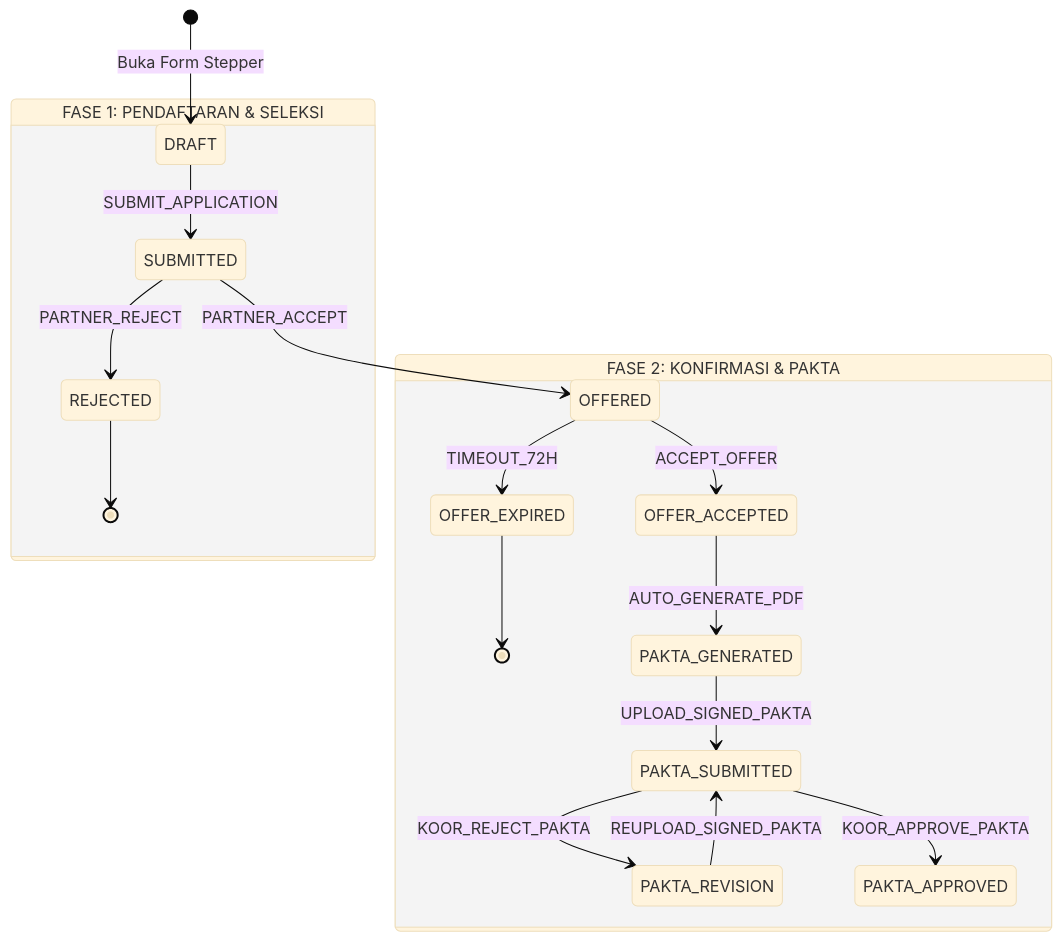
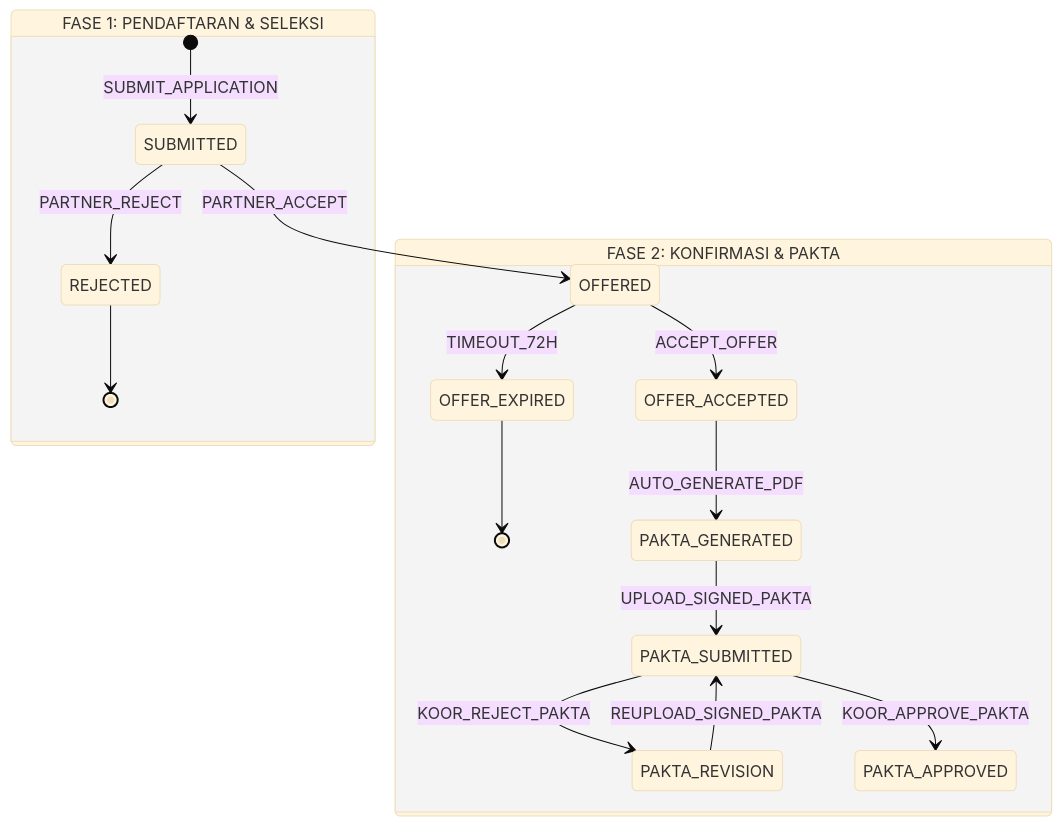
Before and after one commit to devbengkod24/fakultas-prototype: the first of 2 diagrams in docs/spec/02-state-machine-mbkm.md, drawn with Mermaid (base theme). The commit also changed other lines of this file and 1 other file, not shown here.

````diff
--- a/docs/spec/02-state-machine-mbkm.md
+++ b/docs/spec/02-state-machine-mbkm.md
@@ -46,25 +45,23 @@
 ```mermaid
 stateDiagram-v2
-    [*] --> DRAFT: Buka Form Stepper
-
     state "FASE 1: PENDAFTARAN & SELEKSI" as F1 {
-        DRAFT --> SUBMITTED: SUBMIT_APPLICATION
+        [*] --> SUBMITTED: SUBMIT_APPLICATION
         SUBMITTED --> REJECTED: PARTNER_REJECT
         REJECTED --> [*]
         SUBMITTED --> OFFERED: PARTNER_ACCEPT
     }
 
     state "FASE 2: KONFIRMASI & PAKTA" as F2 {
         OFFERED --> OFFER_ACCEPTED: ACCEPT_OFFER
         OFFERED --> OFFER_EXPIRED: TIMEOUT_72H
         OFFER_EXPIRED --> [*]
 
         OFFER_ACCEPTED --> PAKTA_GENERATED: AUTO_GENERATE_PDF
         PAKTA_GENERATED --> PAKTA_SUBMITTED: UPLOAD_SIGNED_PAKTA
 
         PAKTA_SUBMITTED --> PAKTA_REVISION: KOOR_REJECT_PAKTA
         PAKTA_REVISION --> PAKTA_SUBMITTED: REUPLOAD_SIGNED_PAKTA
 
         PAKTA_SUBMITTED --> PAKTA_APPROVED: KOOR_APPROVE_PAKTA
     }
 ```
````
